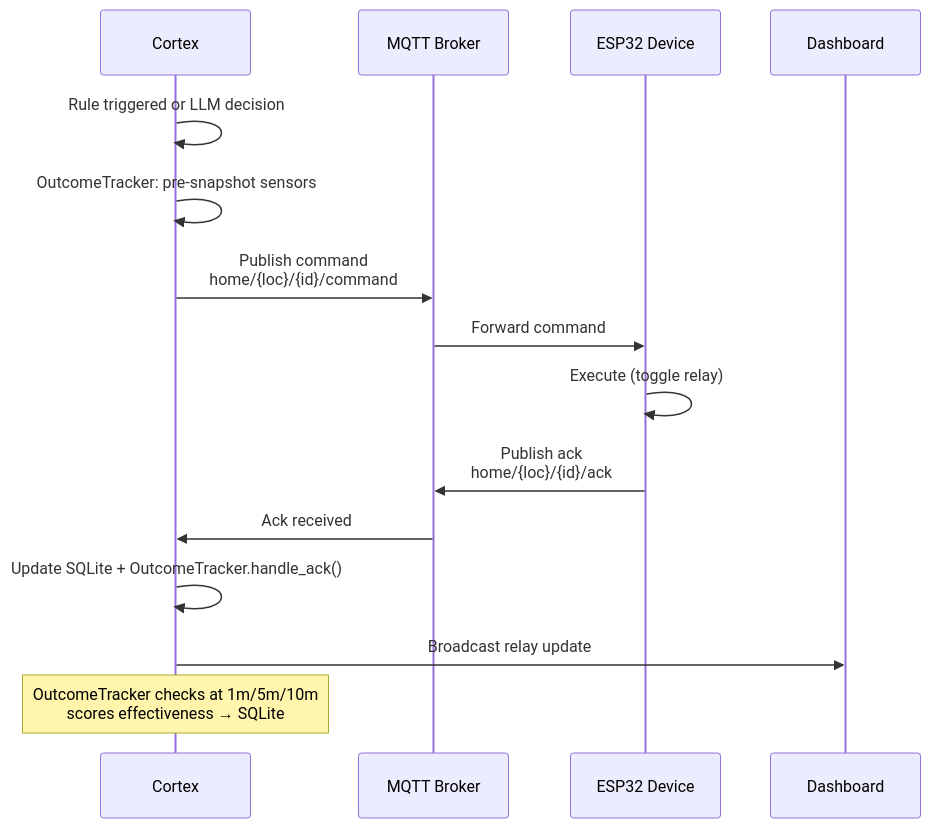
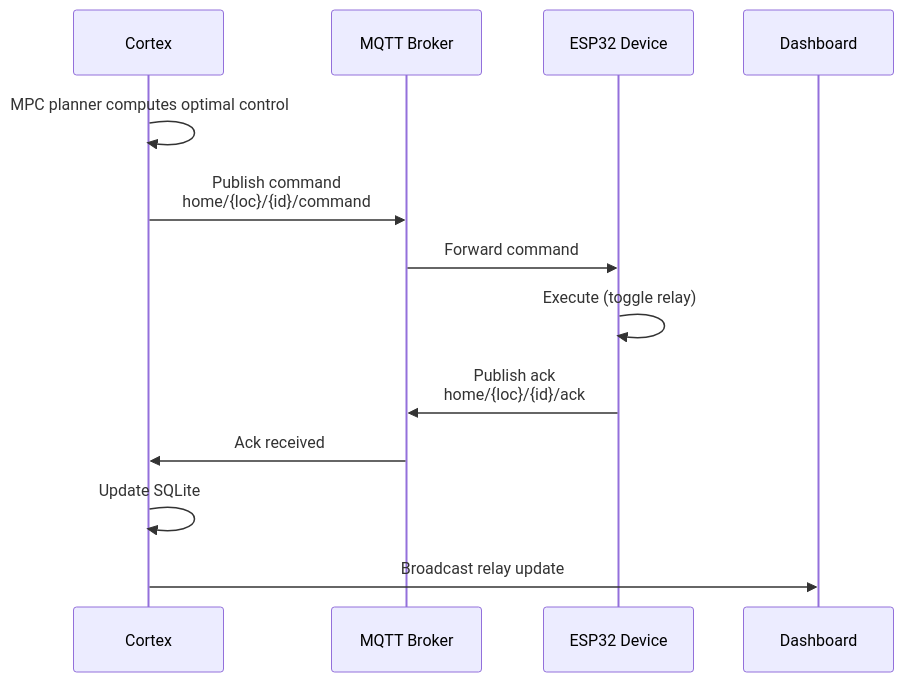
Before and after one commit to curtisblanchette/my-esp32-project: the seventh of 7 diagrams in README.md, drawn with Mermaid. The commit also changed other lines of this file and 82 other files, not shown here.

First line of the commit message:
refactor(cortex): pivot from rules engine to MPC-only control plane

````diff
--- a/README.md
+++ b/README.md
@@ -726,18 +592,16 @@
 ```mermaid
 sequenceDiagram
     participant C as Cortex
     participant M as MQTT Broker
     participant D as ESP32 Device
     participant WS as Dashboard
 
-    C->>C: Rule triggered or LLM decision
-    C->>C: OutcomeTracker: pre-snapshot sensors
+    C->>C: MPC planner computes optimal control
     C->>M: Publish command<br/>home/{loc}/{id}/command
     M->>D: Forward command
     D->>D: Execute (toggle relay)
     D->>M: Publish ack<br/>home/{loc}/{id}/ack
     M->>C: Ack received
-    C->>C: Update SQLite + OutcomeTracker.handle_ack()
+    C->>C: Update SQLite
     C->>WS: Broadcast relay update
-    Note over C: OutcomeTracker checks at 1m/5m/10m<br/>scores effectiveness → SQLite
 ```
````
